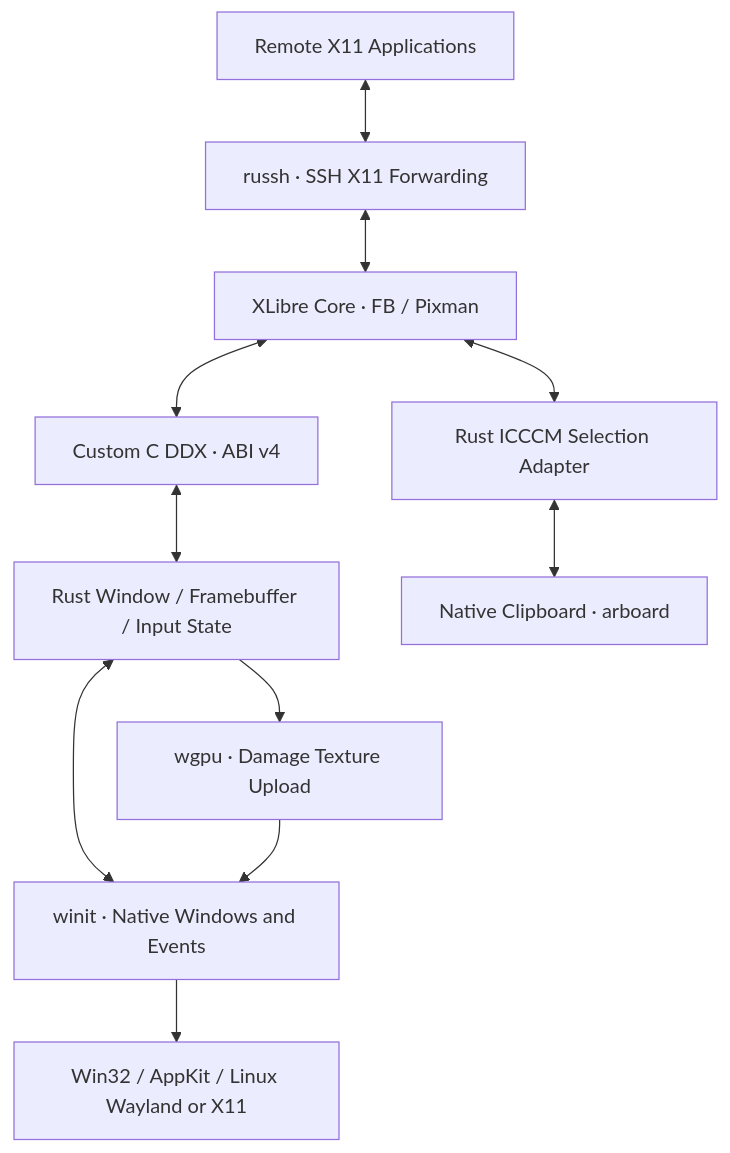
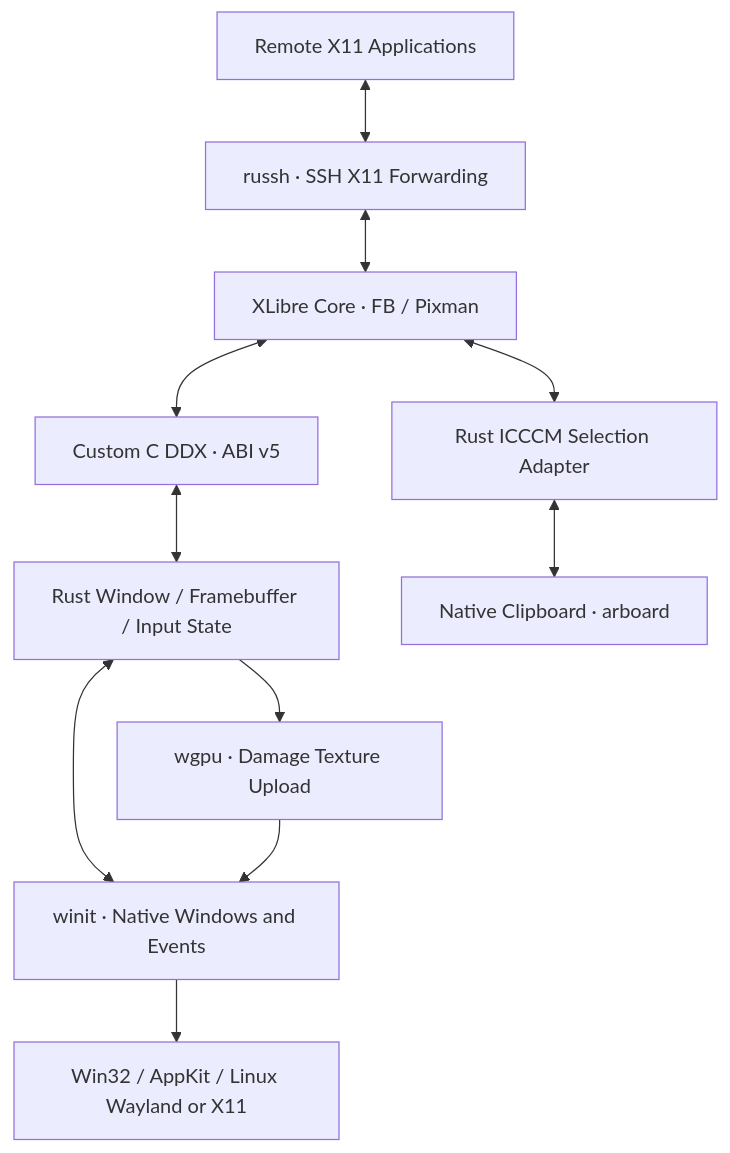
Before and after one commit to zephyraluco/WayX: the diagram in docs/architecture.md, drawn with Mermaid. The commit also changed other lines of this file and 22 other files, not shown here.

````diff
--- a/docs/architecture.md
+++ b/docs/architecture.md
@@ -3,13 +3,13 @@
 ```mermaid
 flowchart TB
   A[Remote X11 Applications] <--> B[russh · SSH X11 Forwarding]
   B <--> C[XLibre Core · FB / Pixman]
-  C <--> D[Custom C DDX · ABI v4]
+  C <--> D[Custom C DDX · ABI v5]
   D <--> E[Rust Window / Framebuffer / Input State]
   E --> F[wgpu · Damage Texture Upload]
   E <--> G[winit · Native Windows and Events]
   F --> G
   C <--> H[Rust ICCCM Selection Adapter]
   H <--> I[Native Clipboard · arboard]
   G --> J[Win32 / AppKit / Linux Wayland or X11]
 ```
````
